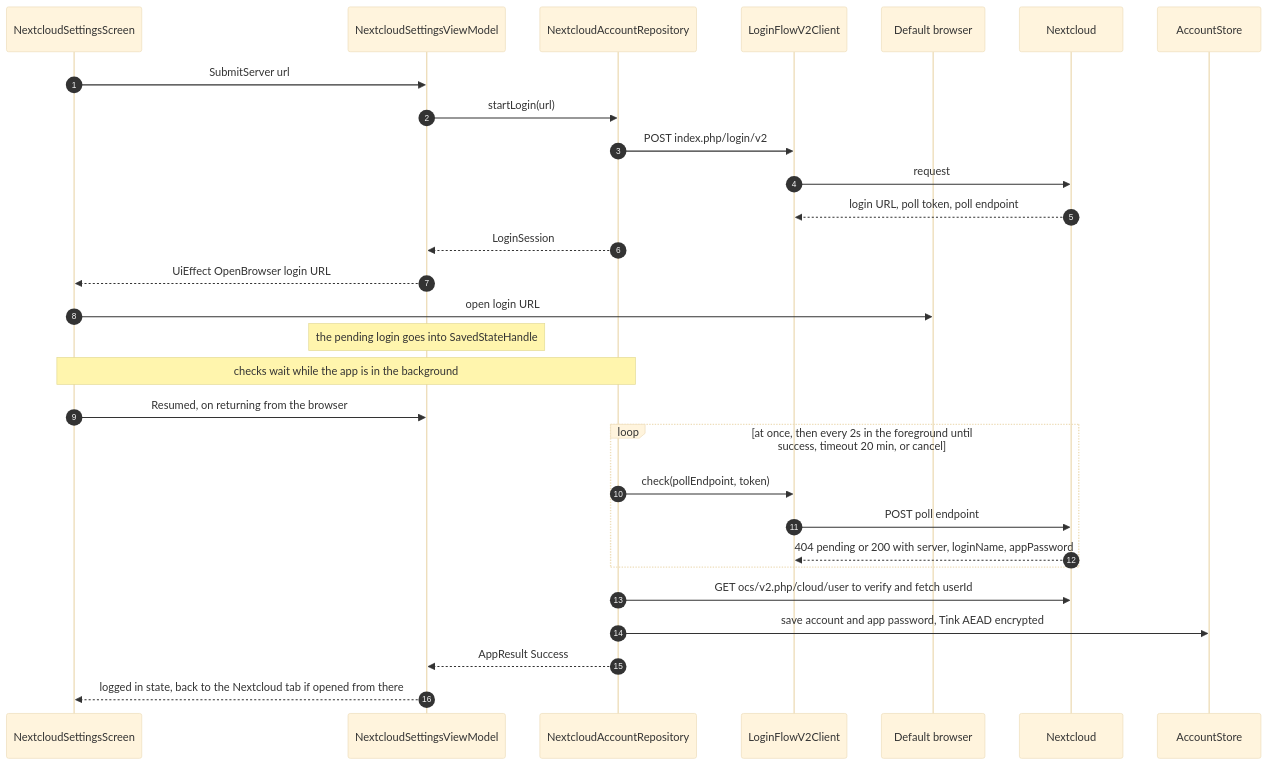
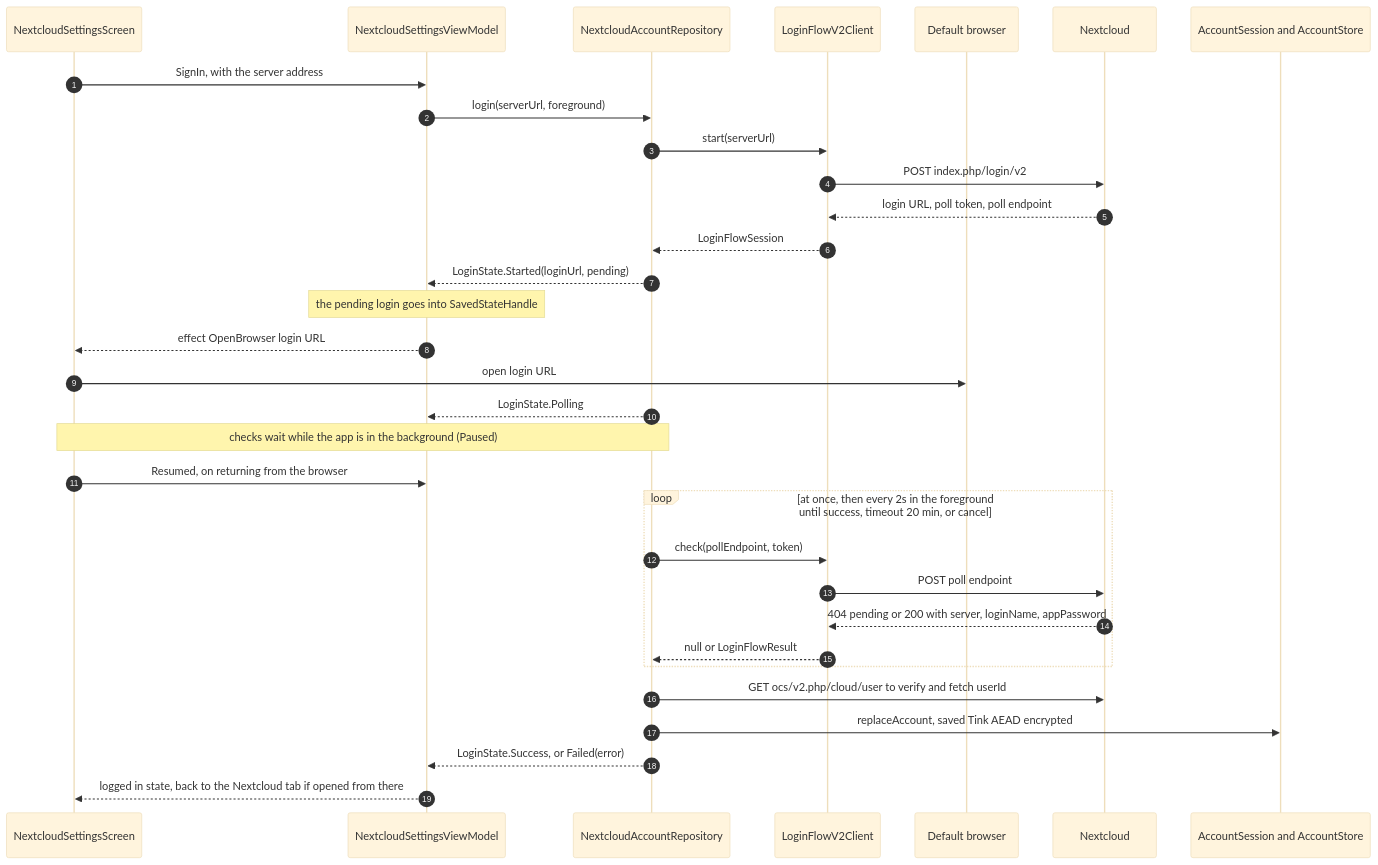
Before and after one commit to drehtuer/NextGalleryApp: the ninth of 13 diagrams in docs/ARCHITECTURE.md, drawn with Mermaid (base theme). The commit also changed other lines of this file and 9 other files, not shown here.

````diff
--- a/docs/ARCHITECTURE.md
+++ b/docs/ARCHITECTURE.md
@@ -724,32 +746,35 @@
 ```mermaid
 sequenceDiagram
     autonumber
     participant UI as NextcloudSettingsScreen
     participant VM as NextcloudSettingsViewModel
     participant Repo as NextcloudAccountRepository
     participant LF as LoginFlowV2Client
     participant Br as Default browser
     participant Srv as Nextcloud
-    participant CS as AccountStore
+    participant CS as AccountSession and AccountStore
 
-    UI->>VM: SubmitServer url
-    VM->>Repo: startLogin(url)
-    Repo->>LF: POST index.php/login/v2
-    LF->>Srv: request
+    UI->>VM: SignIn, with the server address
+    VM->>Repo: login(serverUrl, foreground)
+    Repo->>LF: start(serverUrl)
+    LF->>Srv: POST index.php/login/v2
     Srv-->>LF: login URL, poll token, poll endpoint
-    Repo-->>VM: LoginSession
-    VM-->>UI: UiEffect OpenBrowser login URL
+    LF-->>Repo: LoginFlowSession
+    Repo-->>VM: LoginState.Started(loginUrl, pending)
+    Note over VM: the pending login goes into SavedStateHandle
+    VM-->>UI: effect OpenBrowser login URL
     UI->>Br: open login URL
-    Note over VM: the pending login goes into SavedStateHandle
-    Note over UI,Repo: checks wait while the app is in the background
+    Repo-->>VM: LoginState.Polling
+    Note over UI,Repo: checks wait while the app is in the background (Paused)
     UI->>VM: Resumed, on returning from the browser
     loop at once, then every 2s in the foreground until success, timeout 20 min, or cancel
         Repo->>LF: check(pollEndpoint, token)
         LF->>Srv: POST poll endpoint
         Srv-->>LF: 404 pending or 200 with server, loginName, appPassword
+        LF-->>Repo: null or LoginFlowResult
     end
     Repo->>Srv: GET ocs/v2.php/cloud/user to verify and fetch userId
-    Repo->>CS: save account and app password, Tink AEAD encrypted
-    Repo-->>VM: AppResult Success
+    Repo->>CS: replaceAccount, saved Tink AEAD encrypted
+    Repo-->>VM: LoginState.Success, or Failed(error)
     VM-->>UI: logged in state, back to the Nextcloud tab if opened from there
 ```
````
